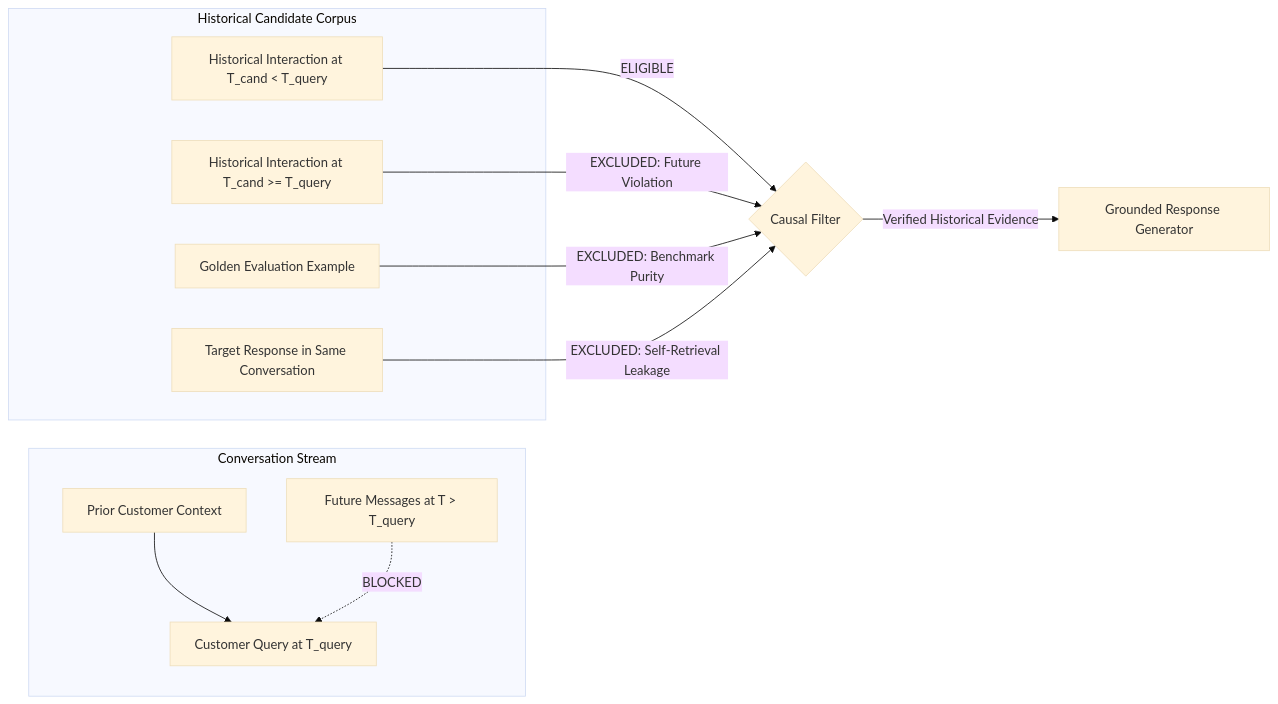
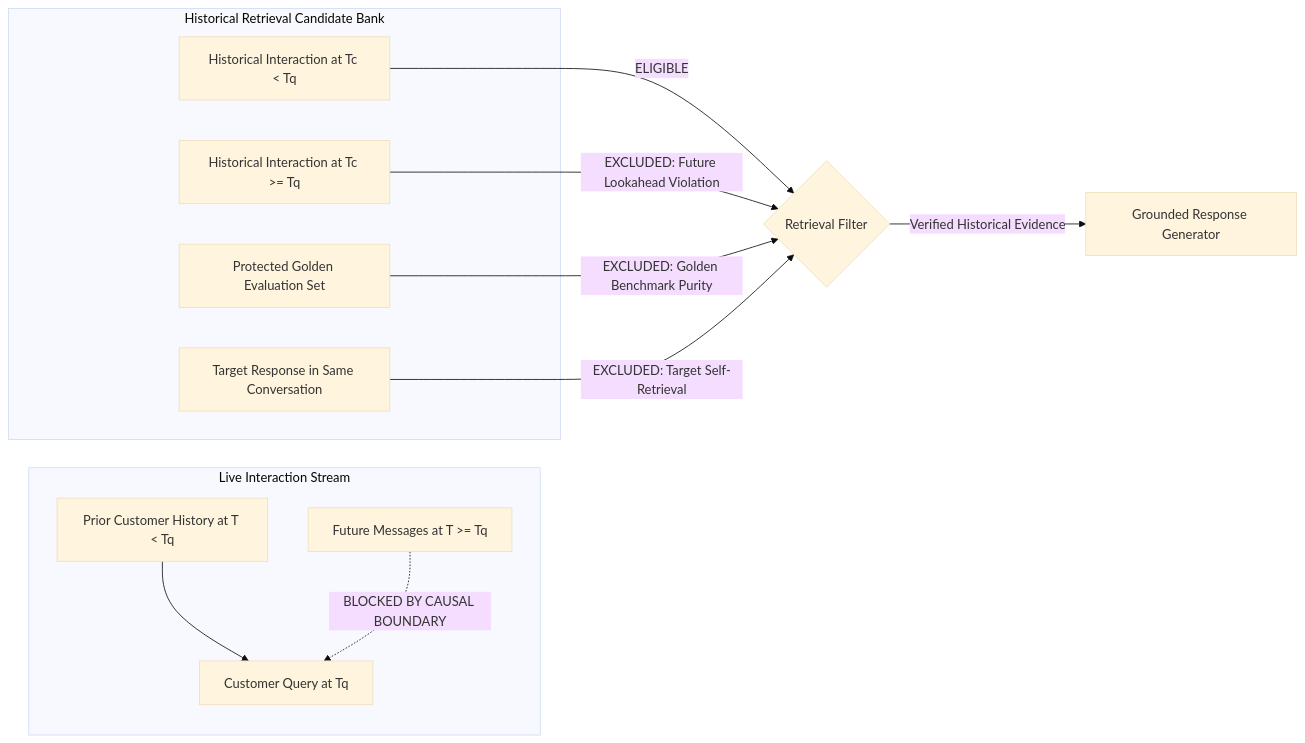
Before and after one commit to mugenkyou/support-agent: the second of 2 diagrams in README.md, drawn with Mermaid (base theme). The commit also changed other lines of this file and 1 other file, not shown here.

````diff
--- a/README.md
+++ b/README.md
@@ -73,22 +106,22 @@
 ```mermaid
 flowchart LR
-    subgraph Conversation Stream
-        Q[Customer Query at T_query]
-        P[Prior Customer Context] --> Q
-        F_msg[Future Messages at T > T_query] -.->|BLOCKED| Q
+    subgraph Live Interaction Stream
+        Q[Customer Query at Tq]
+        H_past[Prior Customer History at T < Tq] --> Q
+        F_fut[Future Messages at T >= Tq] -.->|BLOCKED BY CAUSAL BOUNDARY| Q
     end
 
-    subgraph Historical Candidate Corpus
-        C_past[Historical Interaction at T_cand < T_query]
-        C_future[Historical Interaction at T_cand >= T_query]
-        C_golden[Golden Evaluation Example]
-        C_same[Target Response in Same Conversation]
+    subgraph Historical Retrieval Candidate Bank
+        C1[Historical Interaction at Tc < Tq]
+        C2[Historical Interaction at Tc >= Tq]
+        C3[Protected Golden Evaluation Set]
+        C4[Target Response in Same Conversation]
     end
 
-    C_past -->|ELIGIBLE| R{Causal Filter}
-    C_future -->|EXCLUDED: Future Violation| R
-    C_golden -->|EXCLUDED: Benchmark Purity| R
-    C_same -->|EXCLUDED: Self-Retrieval Leakage| R
+    C1 -->|ELIGIBLE| R{Retrieval Filter}
+    C2 -->|EXCLUDED: Future Lookahead Violation| R
+    C3 -->|EXCLUDED: Golden Benchmark Purity| R
+    C4 -->|EXCLUDED: Target Self-Retrieval| R
 
     R -->|Verified Historical Evidence| G[Grounded Response Generator]
 ```
````
